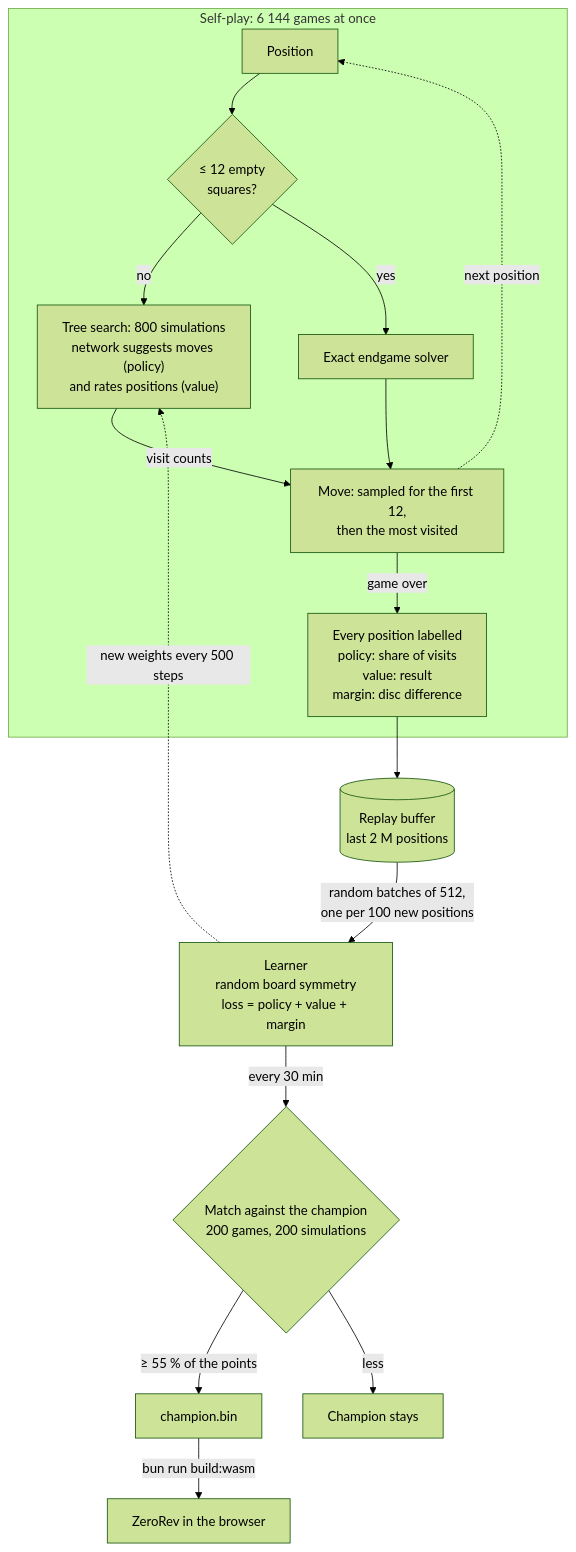
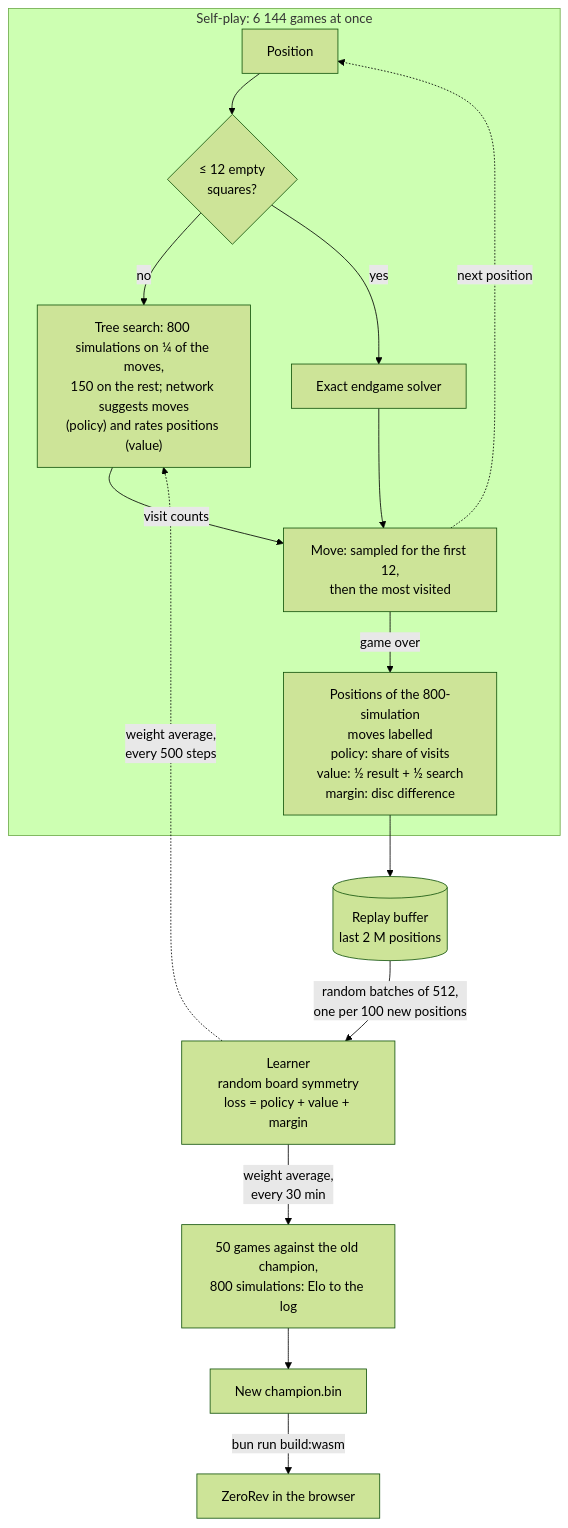
Before and after one commit to awnion/reversi: the first of 2 diagrams in README.md, drawn with Mermaid (forest theme). The commit also changed other lines of this file and 10 other files, not shown here.

Commit message:
train: playout cap randomization, EMA weights, value target blended with search value; champion = weight average every 30 min, 50-game Elo trend instead of gating

````diff
--- a/README.md
+++ b/README.md
@@ -27,19 +27,18 @@
 ```mermaid
 flowchart TD
     subgraph SP["Self-play: 6 144 games at once"]
         P["Position"] --> E{"≤ 12 empty<br/>squares?"}
-        E -->|no| S["Tree search: 800 simulations<br/>network suggests moves (policy)<br/>and rates positions (value)"]
+        E -->|no| S["Tree search: 800 simulations on ¼ of the moves,<br/>150 on the rest; network suggests moves<br/>(policy) and rates positions (value)"]
         E -->|yes| X["Exact endgame solver"]
         S -->|"visit counts"| MV["Move: sampled for the first 12,<br/>then the most visited"]
         X --> MV
-        MV -->|"game over"| T["Every position labelled<br/>policy: share of visits<br/>value: result<br/>margin: disc difference"]
+        MV -->|"game over"| T["Positions of the 800-simulation<br/>moves labelled<br/>policy: share of visits<br/>value: ½ result + ½ search<br/>margin: disc difference"]
         MV -.->|"next position"| P
     end
     T --> R[("Replay buffer<br/>last 2 M positions")]
     R -->|"random batches of 512,<br/>one per 100 new positions"| L["Learner<br/>random board symmetry<br/>loss = policy + value + margin"]
-    L -.->|"new weights every 500 steps"| S
-    L -->|"every 30 min"| M{"Match against the champion<br/>200 games, 200 simulations"}
-    M -->|"≥ 55 % of the points"| C["champion.bin"]
-    M -->|"less"| K["Champion stays"]
+    L -.->|"weight average,<br/>every 500 steps"| S
+    L -->|"weight average,<br/>every 30 min"| M["50 games against the old champion,<br/>800 simulations: Elo to the log"]
+    M --> C["New champion.bin"]
     C -->|"bun run build:wasm"| B["ZeroRev in the browser"]
 ```
````
